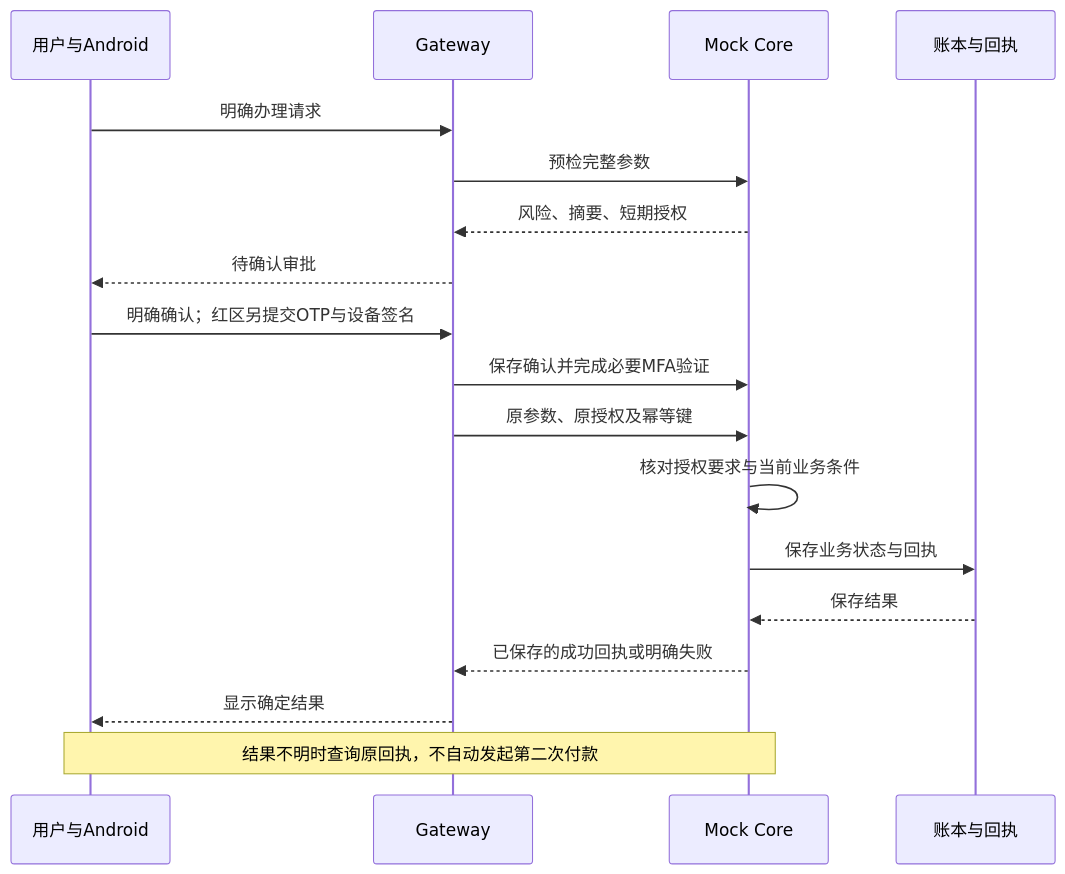
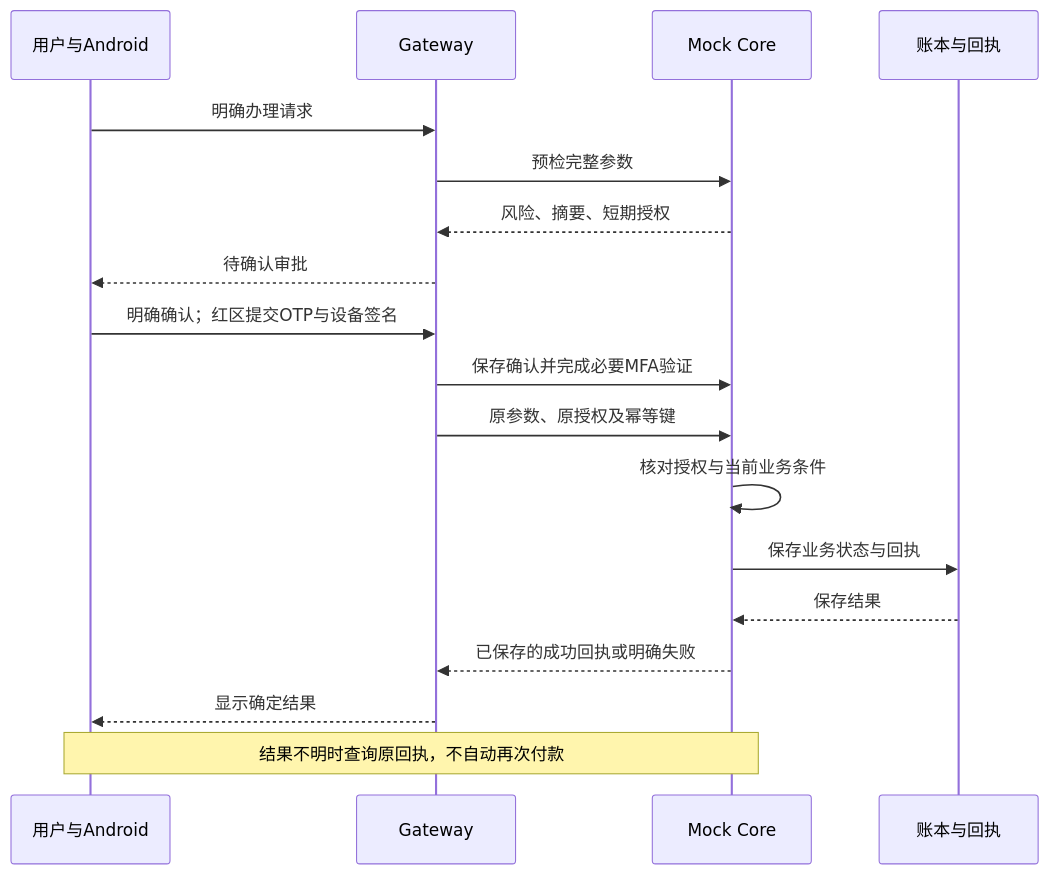
One commit to Zagadka-3906/ai-banking-agent changed the second of 2 diagrams in docs/技术文档.md. Above: the diagram before and after it, drawn with Mermaid. The commit also changed other lines of this file and 46 other files, not shown here.

Commit message:
重写项目公开文档并完善首页图文展示

````diff
--- a/docs/技术文档.md
+++ b/docs/技术文档.md
@@ -57,20 +60,20 @@
 ```mermaid
 sequenceDiagram
     participant U as 用户与Android
     participant G as Gateway
     participant C as Mock Core
     participant L as 账本与回执
     U->>G: 明确办理请求
     G->>C: 预检完整参数
     C-->>G: 风险、摘要、短期授权
     G-->>U: 待确认审批
-    U->>G: 明确确认；红区另提交OTP与设备签名
+    U->>G: 明确确认；红区提交OTP与设备签名
     G->>C: 保存确认并完成必要MFA验证
     G->>C: 原参数、原授权及幂等键
-    C->>C: 核对授权要求与当前业务条件
+    C->>C: 核对授权与当前业务条件
     C->>L: 保存业务状态与回执
     L-->>C: 保存结果
     C-->>G: 已保存的成功回执或明确失败
     G-->>U: 显示确定结果
-    Note over U,C: 结果不明时查询原回执，不自动发起第二次付款
+    Note over U,C: 结果不明时查询原回执，不自动再次付款
 ```
````
